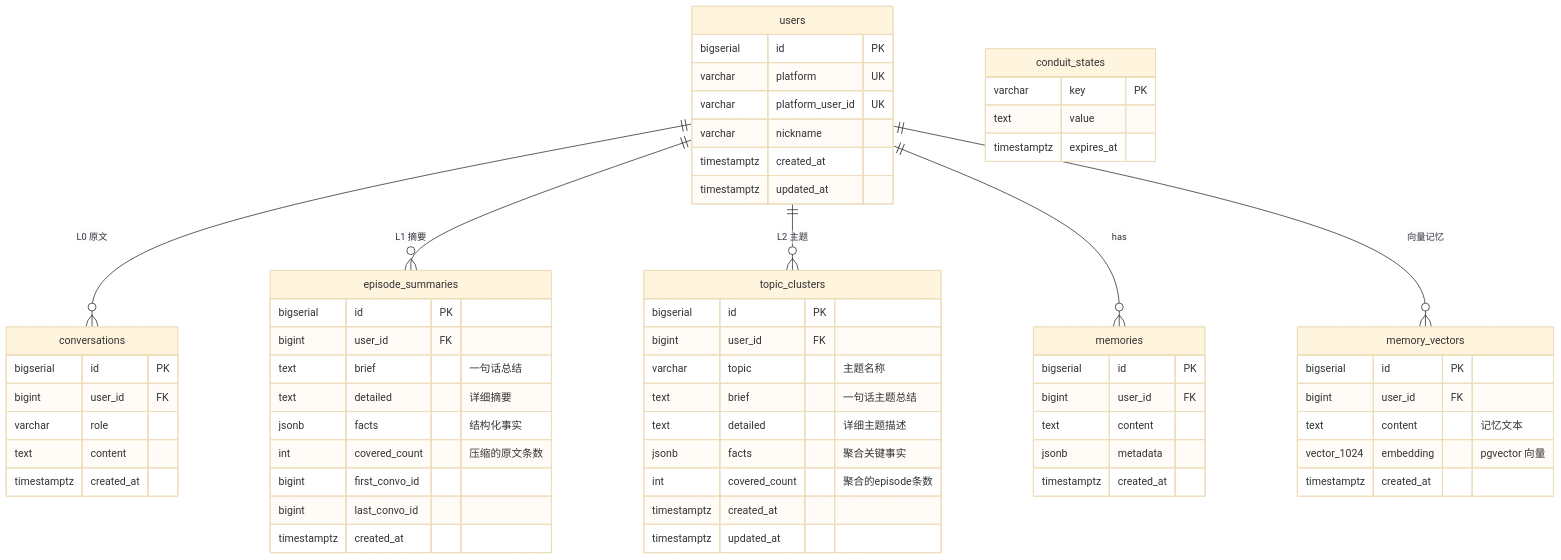
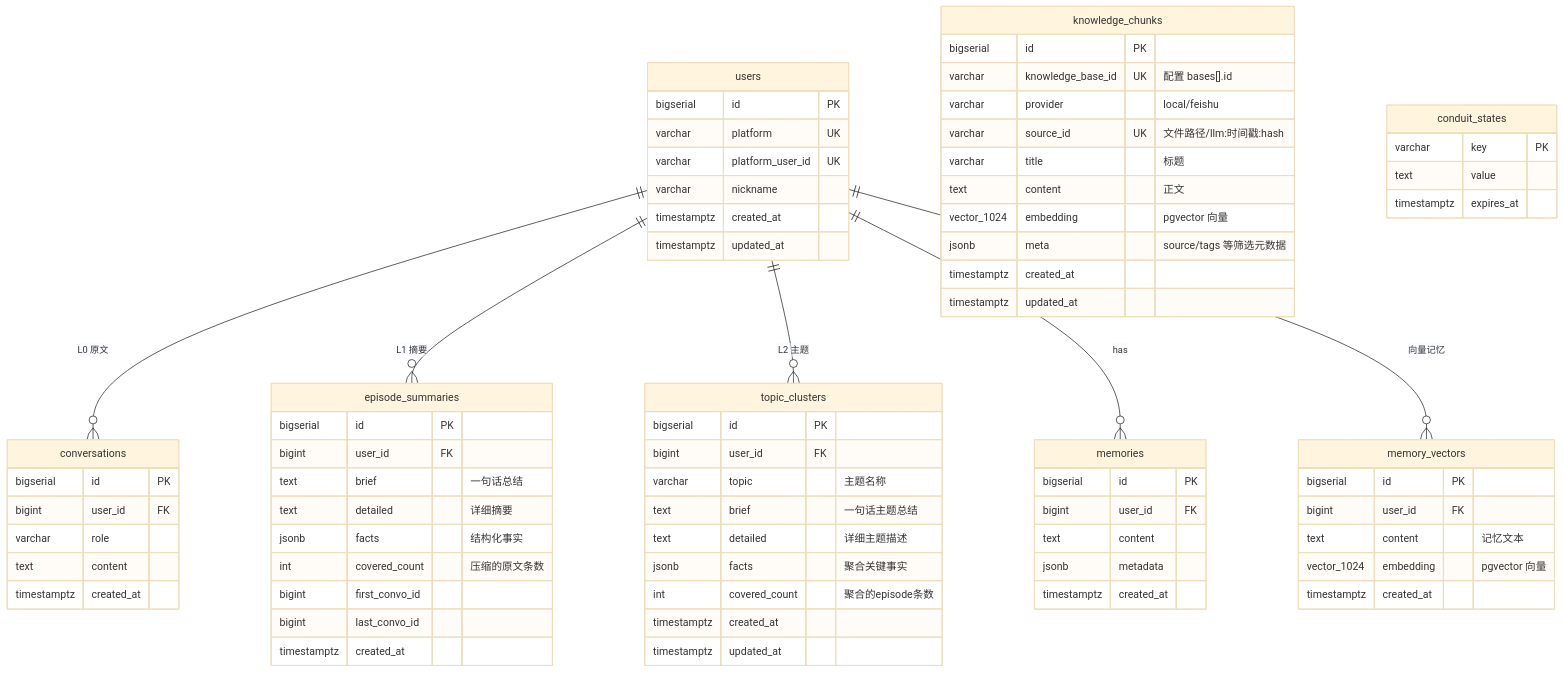
The eighth of 9 diagrams in docs/architecture.md (Airiseina/lanmei-dream), drawn with Mermaid (base theme) before and after one commit. The commit also changed other lines of this file and 27 other files, not shown here.

````diff
--- a/docs/architecture.md
+++ b/docs/architecture.md
@@ -338,64 +338,76 @@
 ```mermaid
 erDiagram
     users {
         bigserial id PK
         varchar platform UK
         varchar platform_user_id UK
         varchar nickname
         timestamptz created_at
         timestamptz updated_at
     }
     conversations {
         bigserial id PK
         bigint user_id FK
         varchar role
         text content
         timestamptz created_at
     }
     episode_summaries {
         bigserial id PK
         bigint user_id FK
         text brief "一句话总结"
         text detailed "详细摘要"
         jsonb facts "结构化事实"
         int covered_count "压缩的原文条数"
         bigint first_convo_id
         bigint last_convo_id
         timestamptz created_at
     }
     topic_clusters {
         bigserial id PK
         bigint user_id FK
         varchar topic "主题名称"
         text brief "一句话主题总结"
         text detailed "详细主题描述"
         jsonb facts "聚合关键事实"
         int covered_count "聚合的episode条数"
         timestamptz created_at
         timestamptz updated_at
     }
     memories {
         bigserial id PK
         bigint user_id FK
         text content
         jsonb metadata
         timestamptz created_at
     }
     memory_vectors {
         bigserial id PK
         bigint user_id FK
         text content "记忆文本"
         vector_1024 embedding "pgvector 向量"
         timestamptz created_at
     }
+    knowledge_chunks {
+        bigserial id PK
+        varchar knowledge_base_id UK "配置 bases[].id"
+        varchar provider "local/feishu"
+        varchar source_id UK "文件路径/llm:时间戳:hash"
+        varchar title "标题"
+        text content "正文"
+        vector_1024 embedding "pgvector 向量"
+        jsonb meta "source/tags 等筛选元数据"
+        timestamptz created_at
+        timestamptz updated_at
+    }
     conduit_states {
         varchar key PK
         text value
         timestamptz expires_at
     }
     users ||--o{ conversations : "L0 原文"
     users ||--o{ episode_summaries : "L1 摘要"
     users ||--o{ topic_clusters : "L2 主题"
     users ||--o{ memories : "has"
     users ||--o{ memory_vectors : "向量记忆"
 ```
````
